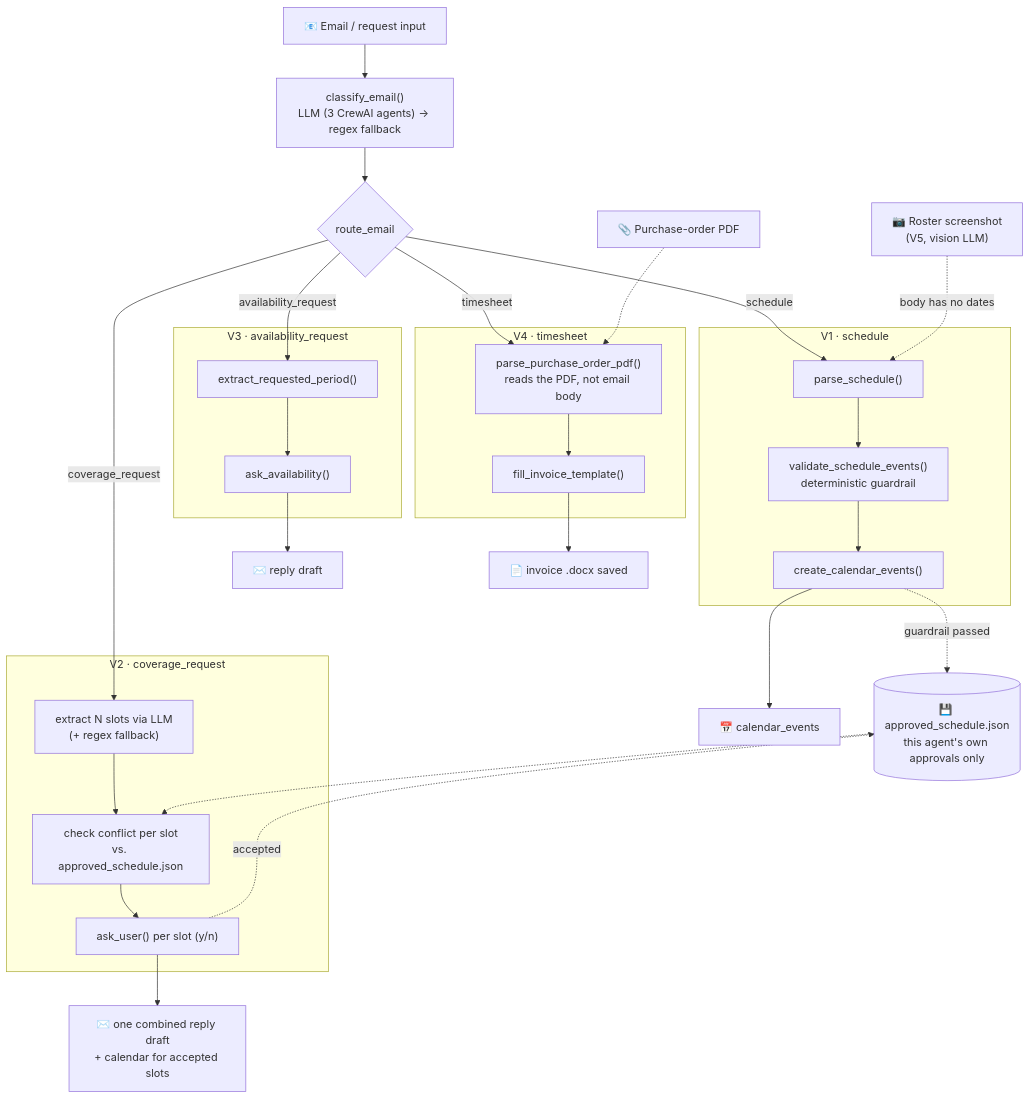
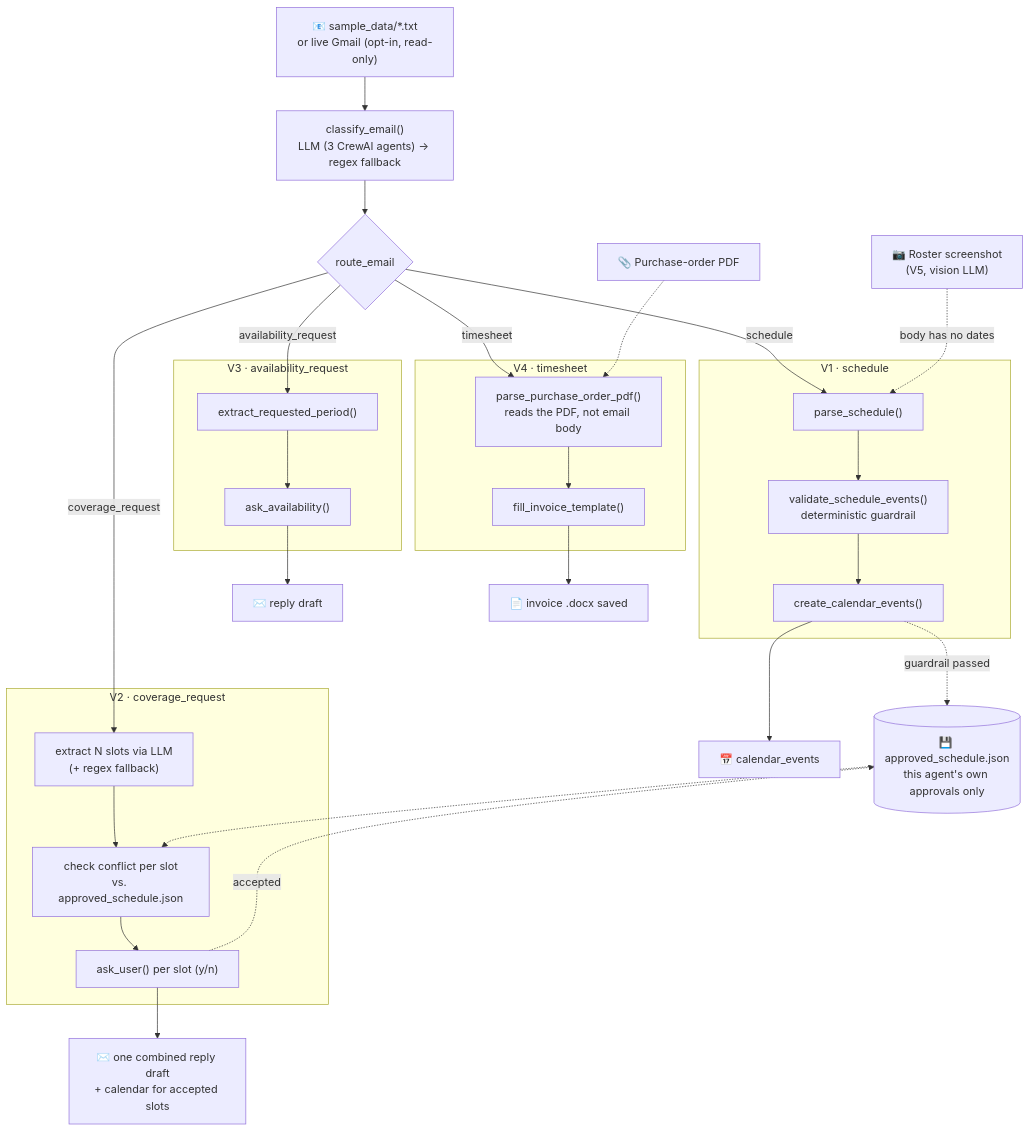
Before and after one commit to nadcodegit/Scheduler-Agent: the diagram in README.md, drawn with Mermaid. The commit also changed other lines of this file and 10 other files, not shown here.

Commit message:
Add read-only Gmail ingestion

````diff
--- a/README.md
+++ b/README.md
@@ -17,41 +17,41 @@
 ```mermaid
 flowchart TD
-    start["📧 Email / request input"] --> classify["classify_email()<br/>LLM (3 CrewAI agents) → regex fallback"]
+    start["📧 sample_data/*.txt<br/>or live Gmail (opt-in, read-only)"] --> classify["classify_email()<br/>LLM (3 CrewAI agents) → regex fallback"]
     classify --> router{route_email}
 
     router -->|schedule| sched1
     router -->|coverage_request| cov1
     router -->|availability_request| avail1
     router -->|timesheet| ts1
 
     subgraph V1["V1 · schedule"]
         sched1["parse_schedule()"] --> sched2["validate_schedule_events()<br/>deterministic guardrail"]
         sched2 --> sched3["create_calendar_events()"]
     end
 
     store[("💾 approved_schedule.json<br/>this agent's own approvals only")]
     sched3 -.->|guardrail passed| store
 
     subgraph V2["V2 · coverage_request"]
         cov1["extract N slots via LLM<br/>(+ regex fallback)"] --> cov2["check conflict per slot<br/>vs. approved_schedule.json"]
         cov2 --> cov3["ask_user() per slot (y/n)"]
     end
     store -.-> cov2
     cov3 -.->|accepted| store
 
     subgraph V3["V3 · availability_request"]
         avail1["extract_requested_period()"] --> avail2["ask_availability()"]
     end
 
     subgraph V4["V4 · timesheet"]
         ts1["parse_purchase_order_pdf()<br/>reads the PDF, not email body"] --> ts2["fill_invoice_template()"]
     end
 
     img["📷 Roster screenshot<br/>(V5, vision LLM)"] -.->|body has no dates| sched1
     pdf["📎 Purchase-order PDF"] -.-> ts1
 
     sched3 --> out1["📅 calendar_events"]
     cov3 --> out2["✉️ one combined reply draft<br/>+ calendar for accepted slots"]
     avail2 --> out3["✉️ reply draft"]
     ts2 --> out4["📄 invoice .docx saved"]
 ```
````
